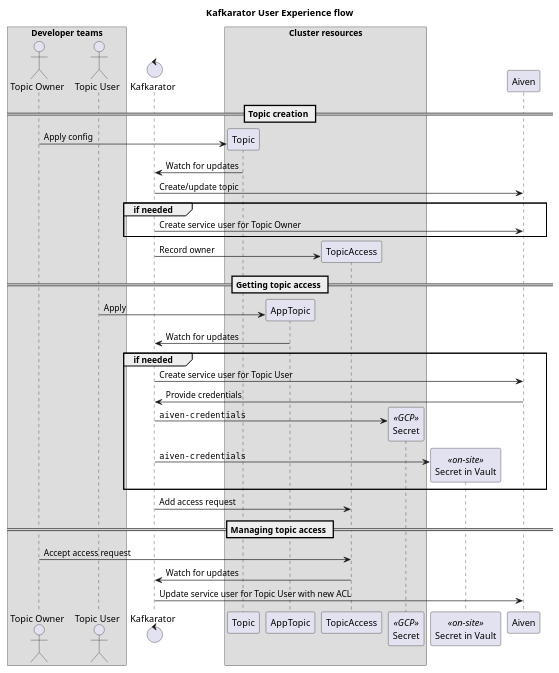
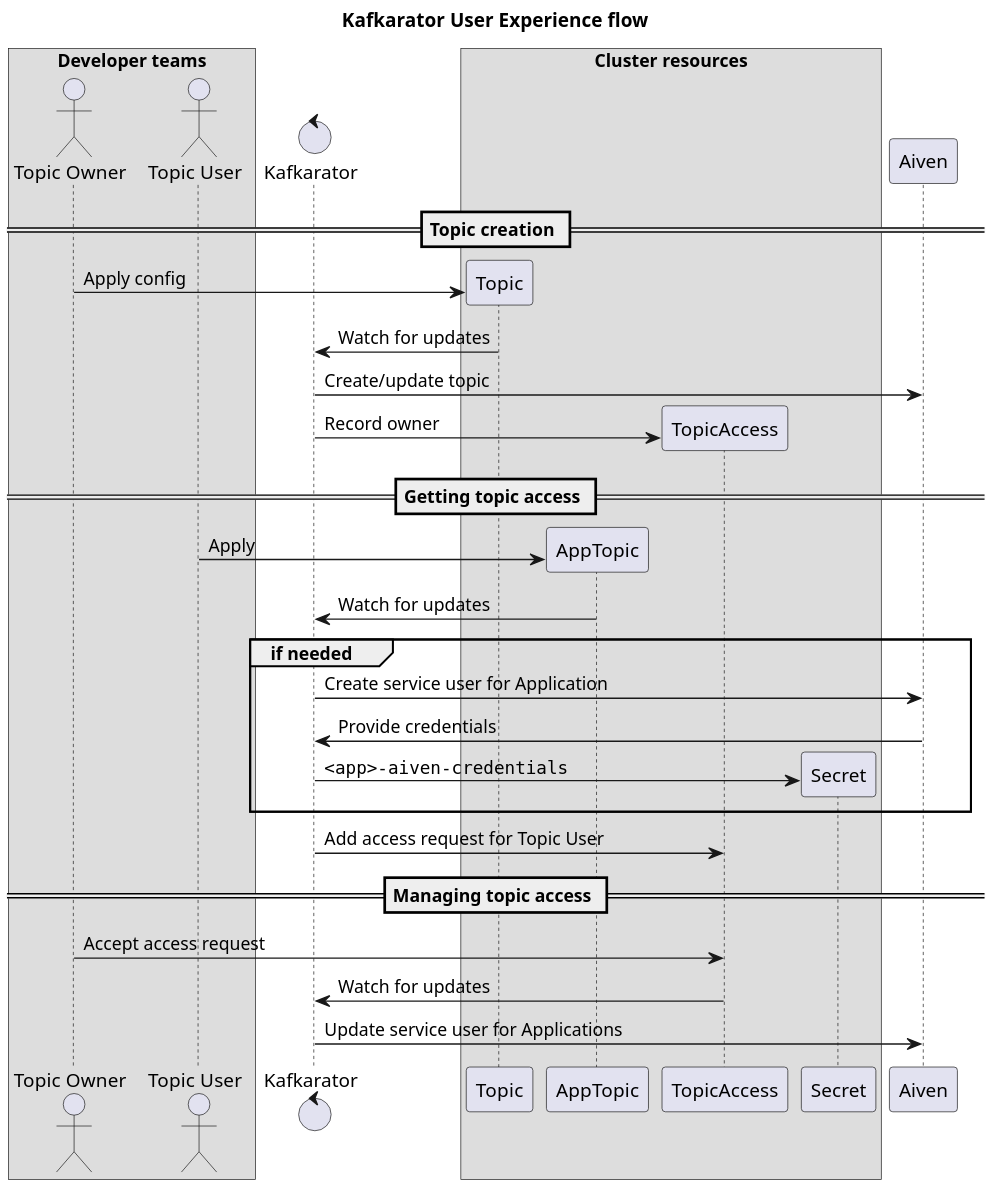
Before and after one commit to navikt/nada-kafkarator: the diagram in doc/adr/0008-user-experience-flow.puml, drawn with PlantUML. The commit also changed 7 other files, not shown here.

```diff
--- a/doc/adr/0008-user-experience-flow.puml
+++ b/doc/adr/0008-user-experience-flow.puml
@@ -1,47 +1,43 @@
 @startuml
 title Kafkarator User Experience flow
+skinparam dpi 200
 
 box Developer teams
 actor "Topic Owner"
 actor "Topic User"
 end box
 
 control Kafkarator
 
 box Cluster resources
 participant Topic
 participant AppTopic
 participant TopicAccess
-participant Secret << GCP >>
+participant Secret
 end box
 
-participant "Secret in Vault" as VaultSecret << on-site >>
 participant Aiven
 
 == Topic creation ==
 "Topic Owner" -> Topic **: Apply config
 Topic -> Kafkarator: Watch for updates
 Kafkarator -> Aiven: Create/update topic
-group if needed
-    Kafkarator -> Aiven: Create service user for Topic Owner
-end
 Kafkarator -> TopicAccess ** : Record owner
 
 
 == Getting topic access ==
 "Topic User" -> AppTopic **: Apply
 AppTopic -> Kafkarator: Watch for updates
 group if needed
-    Kafkarator -> Aiven: Create service user for Topic User
+    Kafkarator -> Aiven: Create service user for Application
     Aiven -> Kafkarator: Provide credentials
-    Kafkarator -> Secret **: ""aiven-credentials""
-    Kafkarator -> VaultSecret **: ""aiven-credentials""
+    Kafkarator -> Secret **: ""<app>-aiven-credentials""
 end
-Kafkarator -> TopicAccess: Add access request
+Kafkarator -> TopicAccess: Add access request for Topic User
 
 == Managing topic access ==
 "Topic Owner" -> TopicAccess: Accept access request
 TopicAccess -> Kafkarator: Watch for updates
-Kafkarator -> Aiven: Update service user for Topic User with new ACL
+Kafkarator -> Aiven: Update service user for Applications
 
 @enduml
```
